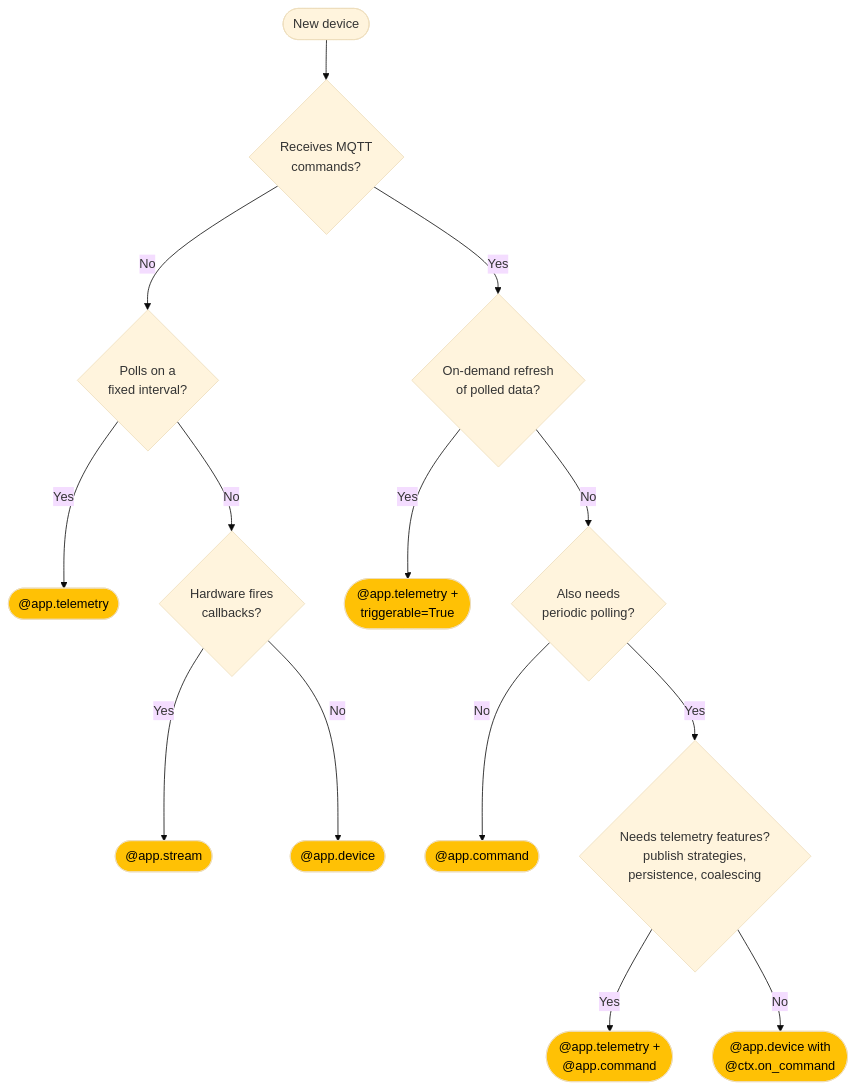
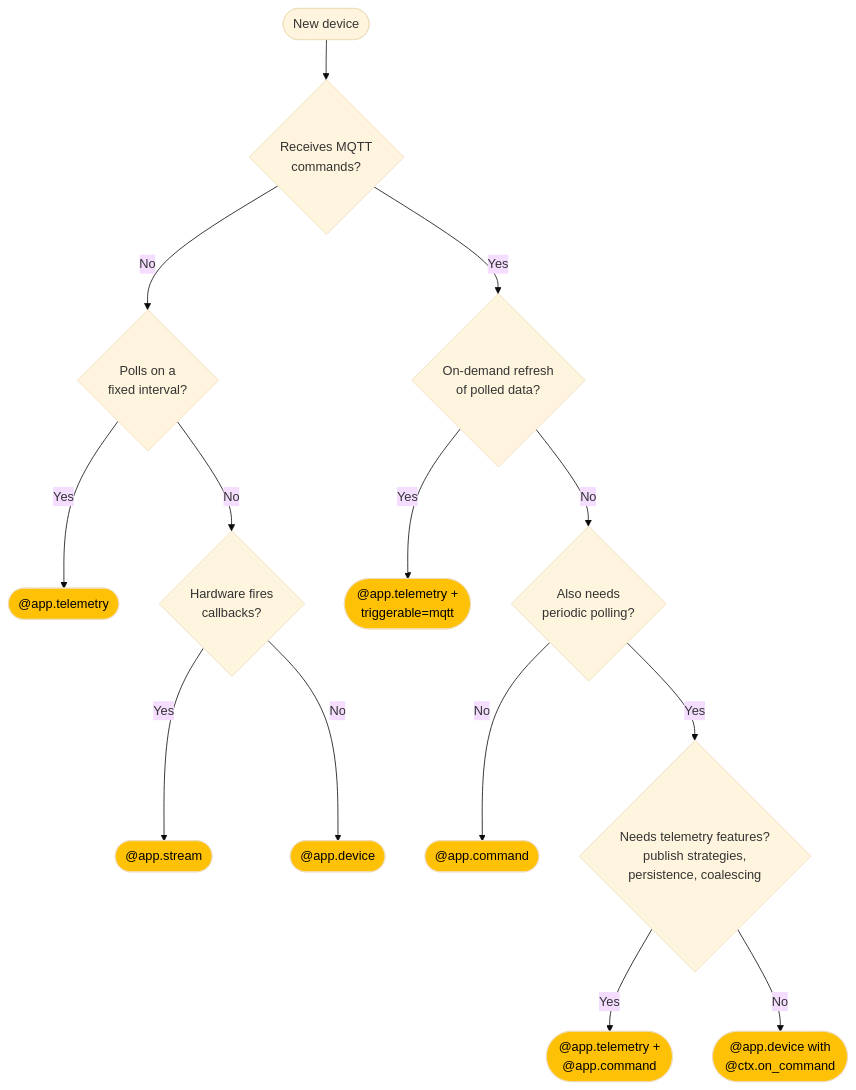
One commit to ff-fab/cosalette changed the fourth of 4 diagrams in docs/concepts/device-archetypes.md. Above: the diagram before and after it, drawn with Mermaid (base theme). The commit also changed other lines of this file and 40 other files, not shown here.

First line of the commit message:
feat(telemetry)!: local (in-process) trigger source for triggerable telemetry (#412)

````diff
--- a/docs/concepts/device-archetypes.md
+++ b/docs/concepts/device-archetypes.md
@@ -90,26 +91,26 @@
 ```mermaid
 graph TD
     Start([New device]) --> Q1{Receives MQTT<br/>commands?}
 
     Q1 -->|No| Q2{Polls on a<br/>fixed interval?}
     Q2 -->|Yes| T(["@app.telemetry"])
     Q2 -->|No| Q2b{Hardware fires<br/>callbacks?}
     Q2b -->|Yes| S(["@app.stream"])
     Q2b -->|No| D1(["@app.device"])
 
     Q1 -->|Yes| Q1a{On-demand refresh<br/>of polled data?}
-    Q1a -->|Yes| TT(["@app.telemetry +<br/>triggerable=True"])
+    Q1a -->|Yes| TT(["@app.telemetry +<br/>triggerable=mqtt"])
     Q1a -->|No| Q3{Also needs<br/>periodic polling?}
     Q3 -->|No| C(["@app.command"])
     Q3 -->|Yes| Q4{Needs telemetry features?<br/>publish strategies,<br/>persistence, coalescing}
     Q4 -->|Yes| TC(["@app.telemetry +<br/>@app.command"])
     Q4 -->|No| D2(["@app.device with<br/>@ctx.on_command"])
 
     style T fill:#FFC105,color:#000000
     style D1 fill:#FFC105,color:#000000
     style C fill:#FFC105,color:#000000
     style TT fill:#FFC105,color:#000000
     style TC fill:#FFC105,color:#000000
     style D2 fill:#FFC105,color:#000000
     style S fill:#FFC105,color:#000000
 ```
````
